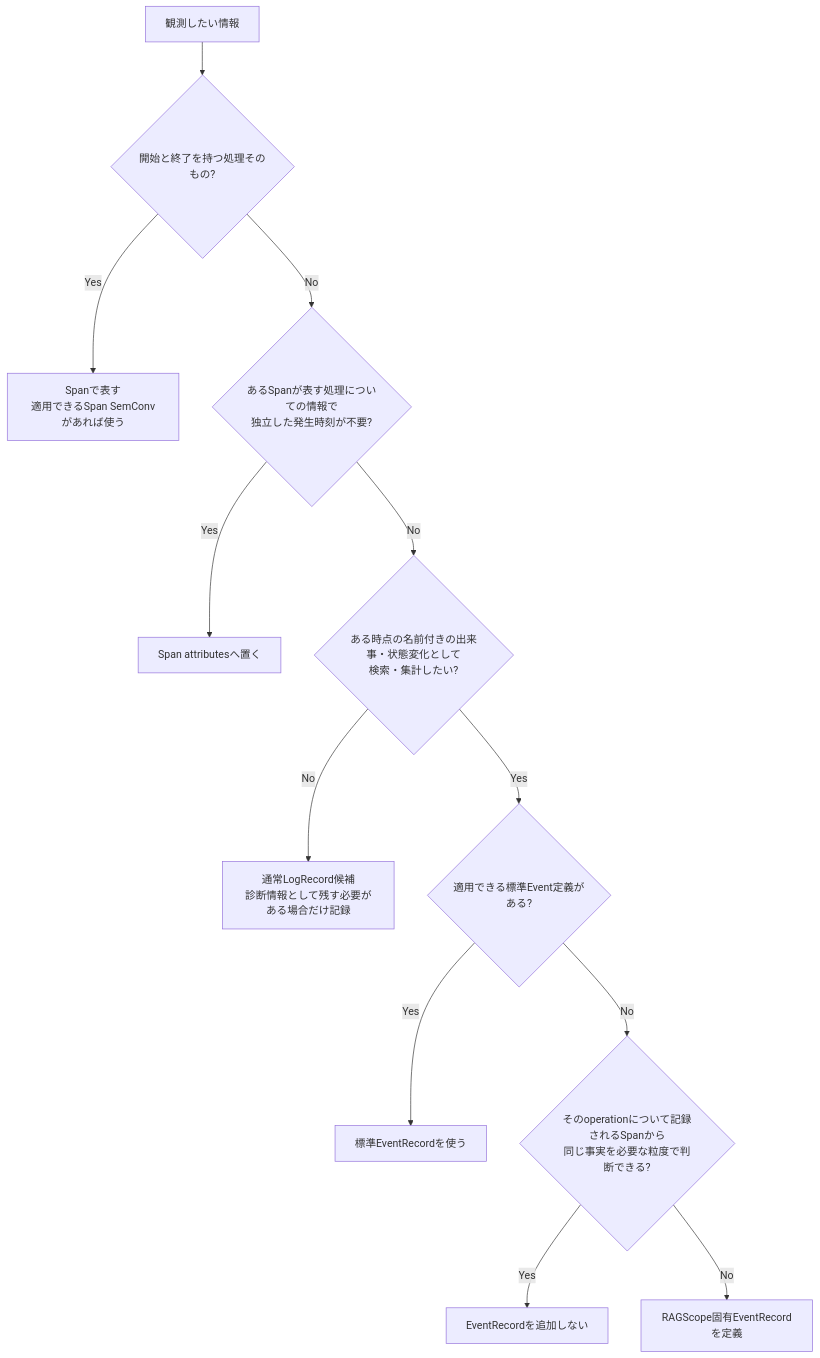
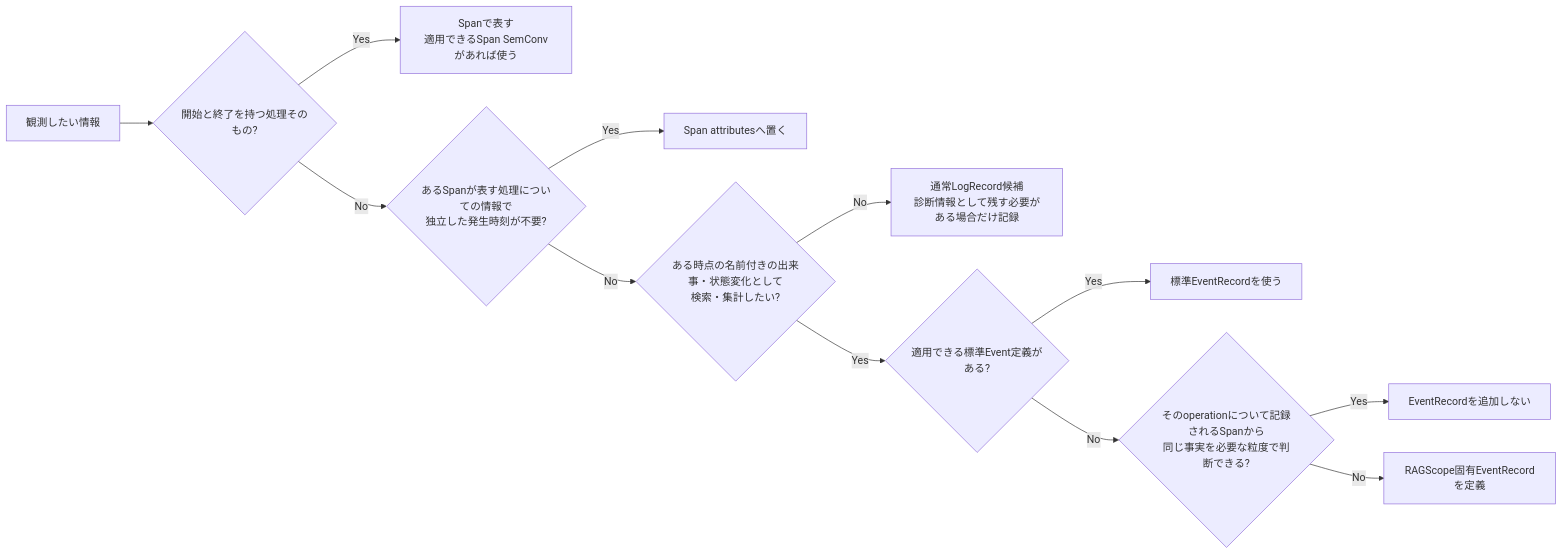
The diagram in Notes/RAGScope/RAGScopeアプリケーション/RS-0023 Logs設計メモ.md (takashit16833/Workbench), drawn with Mermaid before and after one commit.

````diff
--- a/Notes/RAGScope/RAGScopeアプリケーション/RS-0023 Logs設計メモ.md
+++ b/Notes/RAGScope/RAGScopeアプリケーション/RS-0023 Logs設計メモ.md
@@ -75,14 +75,14 @@
 ```mermaid
-flowchart TD
+flowchart LR
     A["観測したい情報"] --> B{"開始と終了を持つ処理そのもの?"}
     B -->|Yes| C["Spanで表す<br>適用できるSpan SemConvがあれば使う"]
     B -->|No| D{"あるSpanが表す処理についての情報で<br>独立した発生時刻が不要?"}
     D -->|Yes| E["Span attributesへ置く"]
     D -->|No| F{"ある時点の名前付きの出来事・状態変化として<br>検索・集計したい?"}
     F -->|No| G["通常LogRecord候補<br>診断情報として残す必要がある場合だけ記録"]
     F -->|Yes| H{"適用できる標準Event定義がある?"}
     H -->|Yes| I["標準EventRecordを使う"]
     H -->|No| J{"そのoperationについて記録されるSpanから<br>同じ事実を必要な粒度で判断できる?"}
     J -->|Yes| K["EventRecordを追加しない"]
     J -->|No| L["RAGScope固有EventRecordを定義"]
 ```
````
